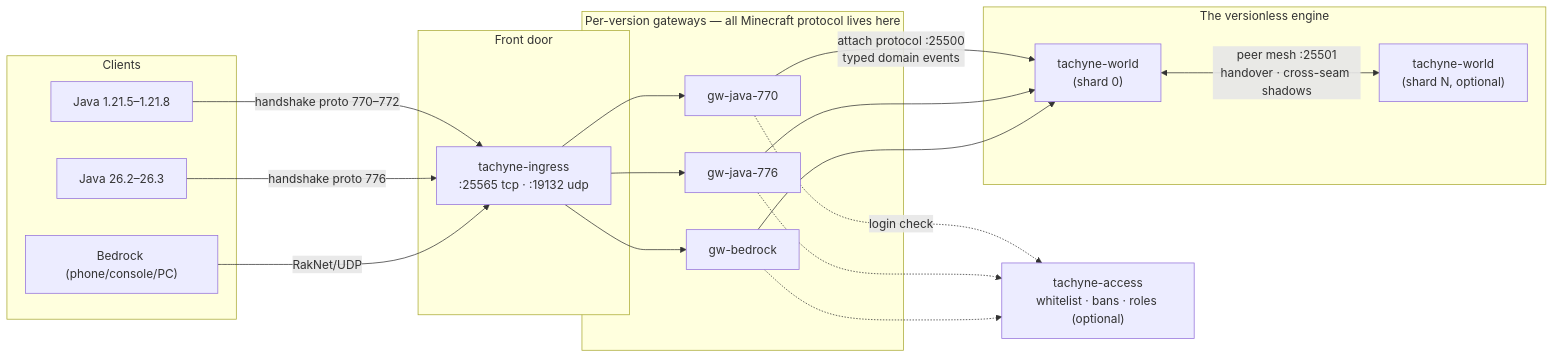
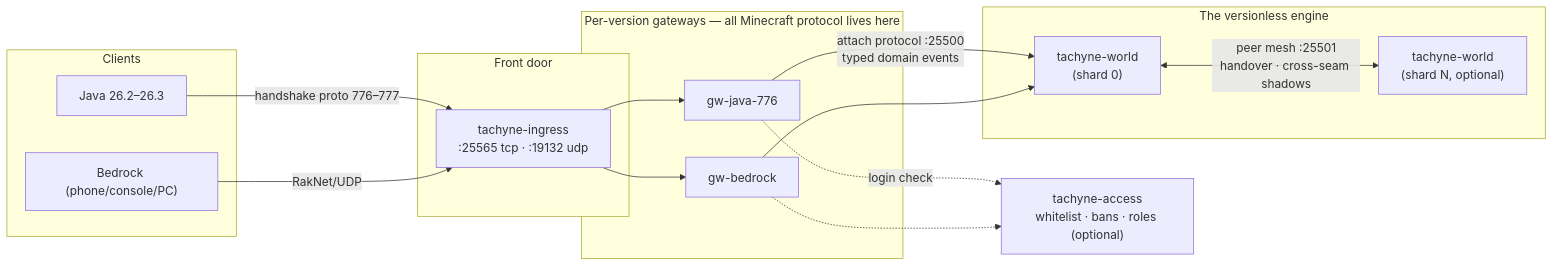
One commit to tachyne/tachyne changed the diagram in README.md. Above: the diagram before and after it, drawn with Mermaid. The commit also changed other lines of this file and 3 other files, not shown here.

````diff
--- a/README.md
+++ b/README.md
@@ -90,39 +90,33 @@
 ```mermaid
 flowchart LR
     subgraph clients [Clients]
-        J1["Java 1.21.5–1.21.8"]
         J2["Java 26.2–26.3"]
         B["Bedrock (phone/console/PC)"]
     end
 
     subgraph edge [Front door]
         I["tachyne-ingress<br/>:25565 tcp · :19132 udp"]
     end
 
     subgraph gateways [Per-version gateways — all Minecraft protocol lives here]
-        G1["gw-java-770"]
         G2["gw-java-776"]
         G3["gw-bedrock"]
     end
 
     subgraph engine [The versionless engine]
         W0["tachyne-world<br/>(shard 0)"]
         W1["tachyne-world<br/>(shard N, optional)"]
     end
 
     A["tachyne-access<br/>whitelist · bans · roles (optional)"]
 
-    J1 -->|handshake proto 770–772| I
-    J2 -->|handshake proto 776| I
+    J2 -->|handshake proto 776–777| I
     B -->|RakNet/UDP| I
-    I --> G1
     I --> G2
     I --> G3
-    G1 -->|attach protocol :25500<br/>typed domain events| W0
-    G2 --> W0
+    G2 -->|attach protocol :25500<br/>typed domain events| W0
     G3 --> W0
-    G1 -.->|login check| A
-    G2 -.-> A
+    G2 -.->|login check| A
     G3 -.-> A
     W0 <-->|peer mesh :25501<br/>handover · cross-seam shadows| W1
 ```
````
